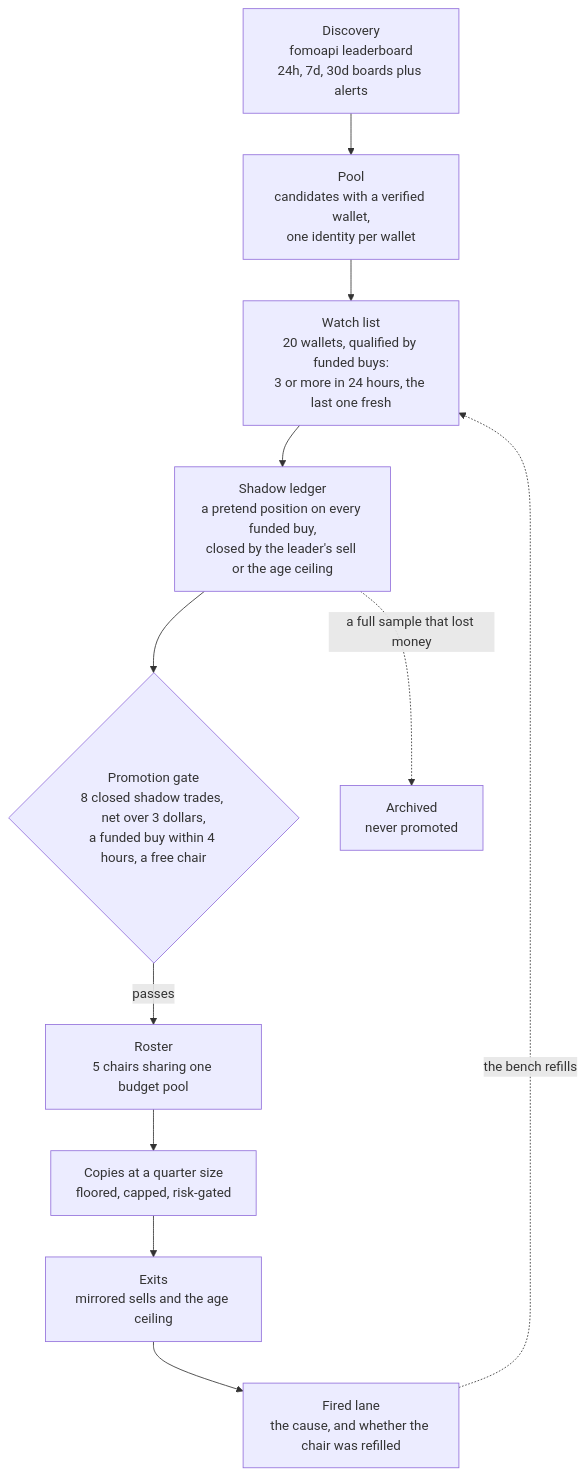
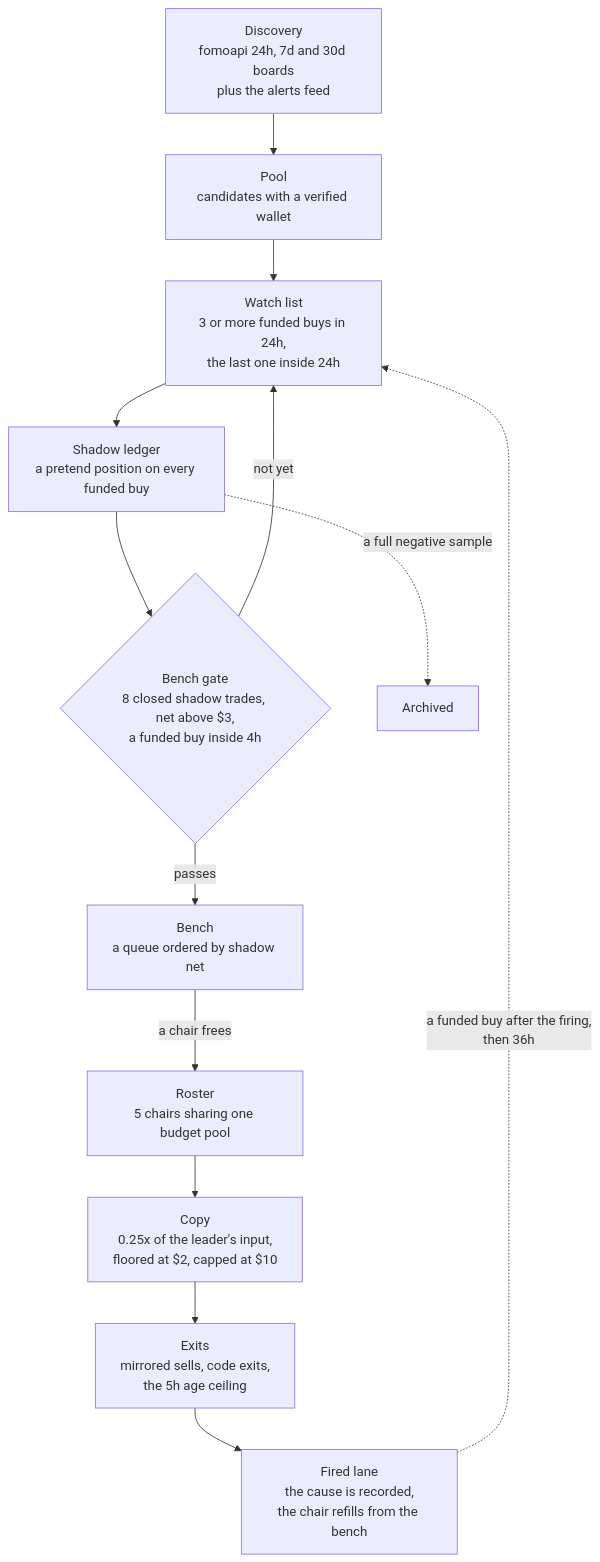
The diagram in docs/diagrams/pipeline-overview.mmd (RuneL89/zcode-copytrade-bot), drawn with Mermaid before and after one commit. The commit also changed 8 other files, not shown here.

```diff
--- a/docs/diagrams/pipeline-overview.mmd
+++ b/docs/diagrams/pipeline-overview.mmd
@@ -1,12 +1,14 @@
 %% Render: ~/.zcode/tools/mermaid-render/render.sh -i pipeline-overview.mmd -o ../images/pipeline-overview.png -b white -s 2 -w 1600
 flowchart TD
-    D["Discovery<br/>fomoapi leaderboard<br/>24h, 7d, 30d boards plus alerts"] --> P["Pool<br/>candidates with a verified wallet,<br/>one identity per wallet"]
-    P --> W["Watch list<br/>20 wallets, qualified by funded buys:<br/>3 or more in 24 hours, the last one fresh"]
-    W --> S["Shadow ledger<br/>a pretend position on every funded buy,<br/>closed by the leader's sell or the age ceiling"]
-    S --> G{"Promotion gate<br/>8 closed shadow trades, net over 3 dollars,<br/>a funded buy within 4 hours, a free chair"}
-    G -->|passes| R["Roster<br/>5 chairs sharing one budget pool"]
-    R --> C["Copies at a quarter size<br/>floored, capped, risk-gated"]
-    C --> X["Exits<br/>mirrored sells and the age ceiling"]
-    X --> F["Fired lane<br/>the cause, and whether the chair was refilled"]
-    S -.->|"a full sample that lost money"| A["Archived<br/>never promoted"]
-    F -.->|"the bench refills"| W
+    D["Discovery<br/>fomoapi 24h, 7d and 30d boards<br/>plus the alerts feed"] --> P["Pool<br/>candidates with a verified wallet"]
+    P --> W["Watch list<br/>3 or more funded buys in 24h,<br/>the last one inside 24h"]
+    W --> S["Shadow ledger<br/>a pretend position on every funded buy"]
+    S --> G{"Bench gate<br/>8 closed shadow trades, net above $3,<br/>a funded buy inside 4h"}
+    G -->|passes| B["Bench<br/>a queue ordered by shadow net"]
+    G -->|not yet| W
+    B -->|a chair frees| R["Roster<br/>5 chairs sharing one budget pool"]
+    R --> C["Copy<br/>0.25x of the leader's input,<br/>floored at $2, capped at $10"]
+    C --> X["Exits<br/>mirrored sells, code exits,<br/>the 5h age ceiling"]
+    X --> F["Fired lane<br/>the cause is recorded,<br/>the chair refills from the bench"]
+    S -.->|a full negative sample| A["Archived"]
+    F -.->|a funded buy after the firing,<br/>then 36h| W
```
